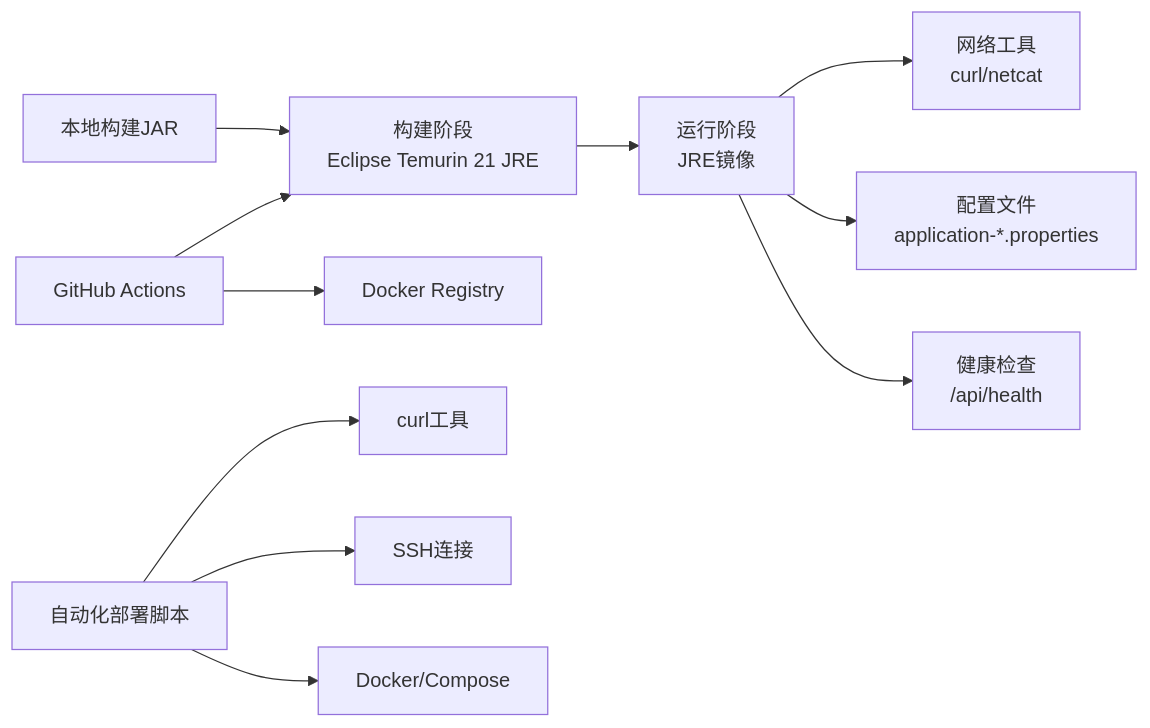
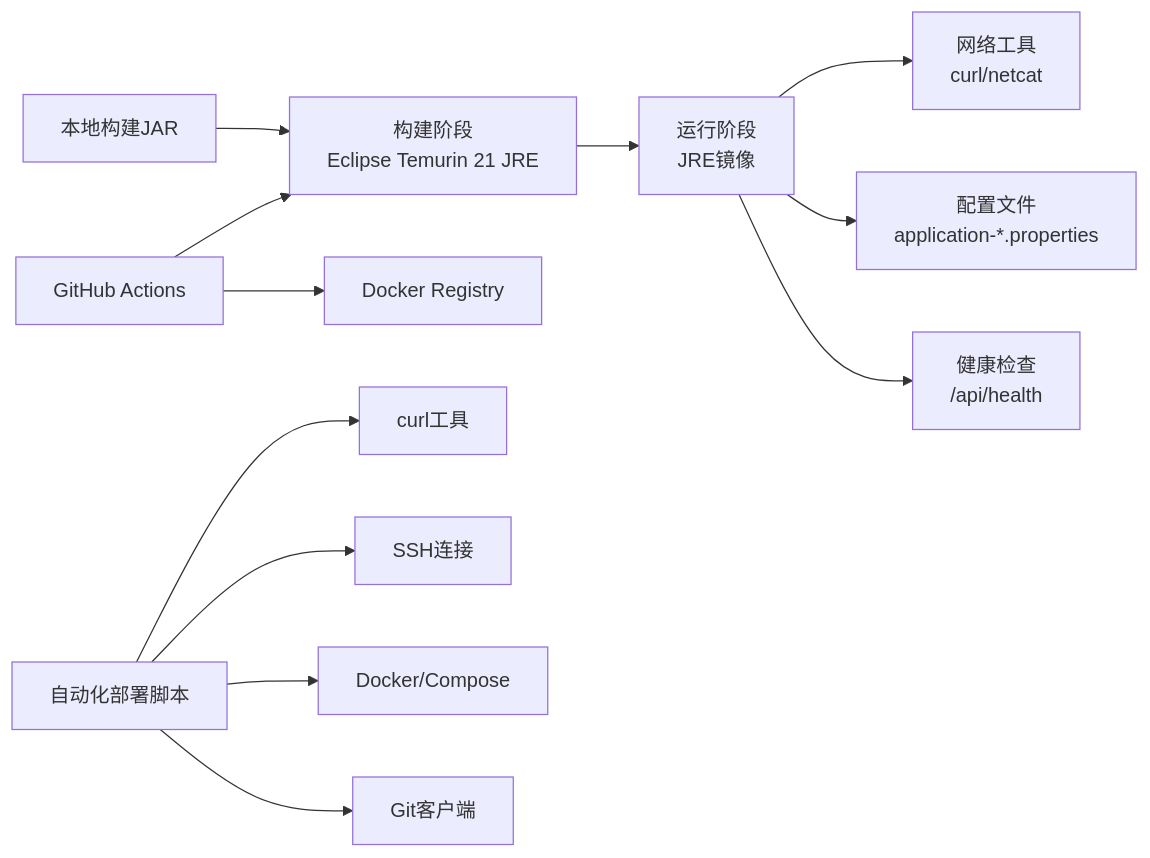
The ninth of 9 diagrams in .qoder/repowiki/zh/content/部署指南/Docker容器化部署.md (liuzh2008/med_ai_assistant_workspace), drawn with Mermaid before and after one commit. The commit also changed other lines of this file and 9 other files, not shown here.

````diff
--- a/.qoder/repowiki/zh/content/部署指南/Docker容器化部署.md
+++ b/.qoder/repowiki/zh/content/部署指南/Docker容器化部署.md
@@ -383,13 +412,14 @@
 ```mermaid
 graph LR
 LocalJAR["本地构建JAR"] --> Builder["构建阶段<br/>Eclipse Temurin 21 JRE"]
 Builder --> Runtime["运行阶段<br/>JRE镜像"]
 Runtime --> Tools["网络工具<br/>curl/netcat"]
 Runtime --> Config["配置文件<br/>application-*.properties"]
 Runtime --> Health["健康检查<br/>/api/health"]
 GHA["GitHub Actions"] --> Builder
 GHA --> DockerRegistry["Docker Registry"]
 AutoDeploy["自动化部署脚本"] --> Curl["curl工具"]
 AutoDeploy --> SSH["SSH连接"]
 AutoDeploy --> DockerTools["Docker/Compose"]
+AutoDeploy --> Git["Git客户端"]
 ```
````
